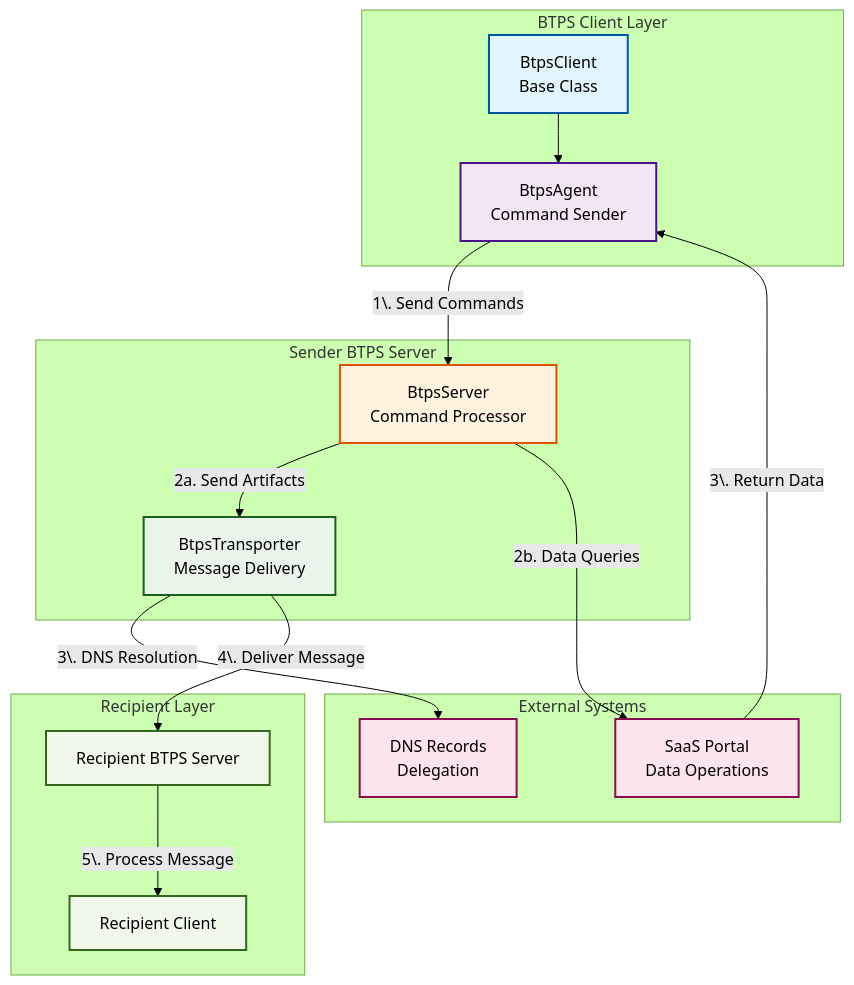
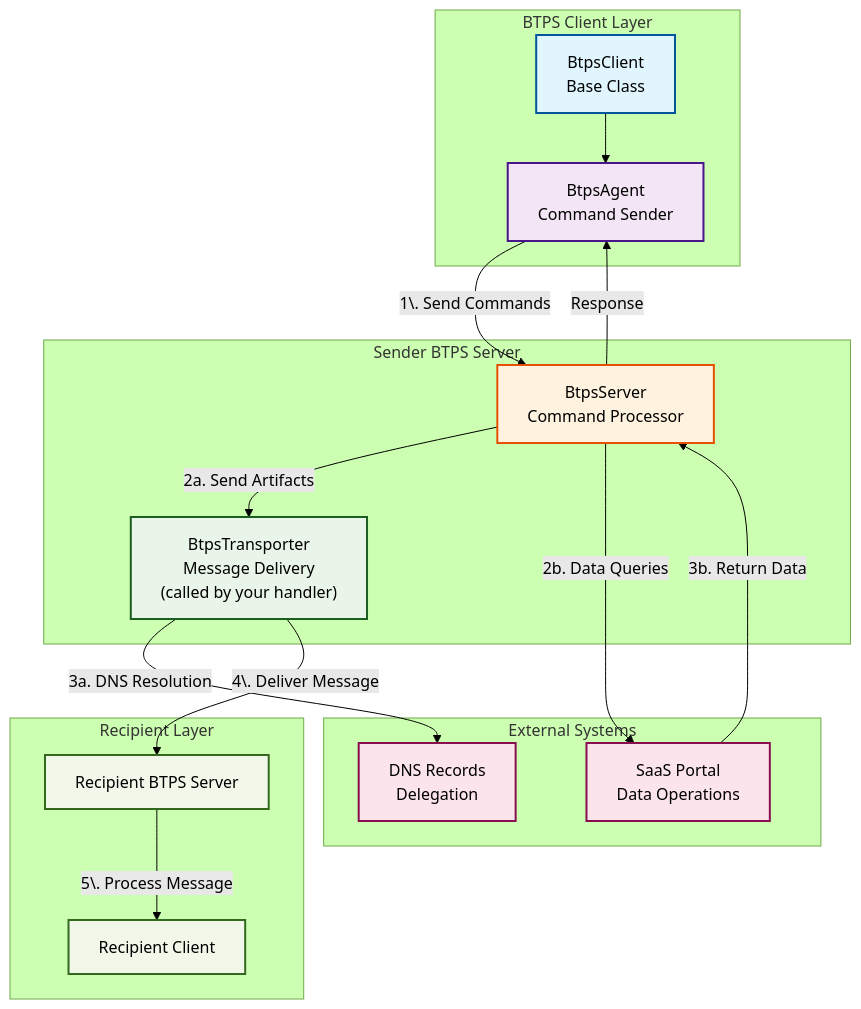
The diagram in docs/docusaurus/docs/client/setup.md (openbtps/btps-node), drawn with Mermaid (forest theme) before and after one commit. The commit also changed 26 other files, not shown here.

First line of the commit message:
Docs: bring every diagram in line with 1.1

````diff
--- a/docs/docusaurus/docs/client/setup.md
+++ b/docs/docusaurus/docs/client/setup.md
@@ -42,51 +42,52 @@
 ```mermaid
 graph TB
     subgraph "BTPS Client Layer"
         A["BtpsClient<br>Base Class"] --> B["BtpsAgent<br>Command Sender"]
     end
 
     subgraph "Sender BTPS Server"
         C["BtpsServer<br>Command Processor"]
-        D["BtpsTransporter<br>Message Delivery"]
+        D["BtpsTransporter<br>Message Delivery<br>(called by your handler)"]
     end
 
     subgraph "External Systems"
         E["SaaS Portal<br>Data Operations"]
         F["DNS Records<br>Delegation"]
     end
 
     subgraph "Recipient Layer"
         G["Recipient BTPS Server"]
         H["Recipient Client"]
     end
 
     %% BtpsAgent sends commands to Sender's BtpsServer
     B -->|"1\. Send Commands"| C
 
     %% Sender BtpsServer routes based on command type
     C -->|"2a. Send Artifacts"| D
     C -->|"2b. Data Queries"| E
 
     %% BtpsTransporter delivers to recipients
-    D -->|"3\. DNS Resolution"| F
+    D -->|"3a. DNS Resolution"| F
     D -->|"4\. Deliver Message"| G
     G -->|"5\. Process Message"| H
 
-    %% SaaS responds with data
-    E -->|"3\. Return Data"| B
+    %% SaaS returns data to the server, which answers the agent
+    E -->|"3b. Return Data"| C
+    C -->|"Response"| B
 
     %% Styling
     classDef baseClass fill:#e1f5fe,stroke:#01579b,stroke-width:2px
     classDef agent fill:#f3e5f5,stroke:#4a148c,stroke-width:2px
     classDef server fill:#fff3e0,stroke:#e65100,stroke-width:2px
     classDef transporter fill:#e8f5e8,stroke:#1b5e20,stroke-width:2px
     classDef external fill:#fce4ec,stroke:#880e4f,stroke-width:2px
     classDef recipient fill:#f1f8e9,stroke:#33691e,stroke-width:2px
 
     class A baseClass
     class B agent
     class C,D server
     class D transporter
     class E,F external
     class G,H recipient
 ```
````
